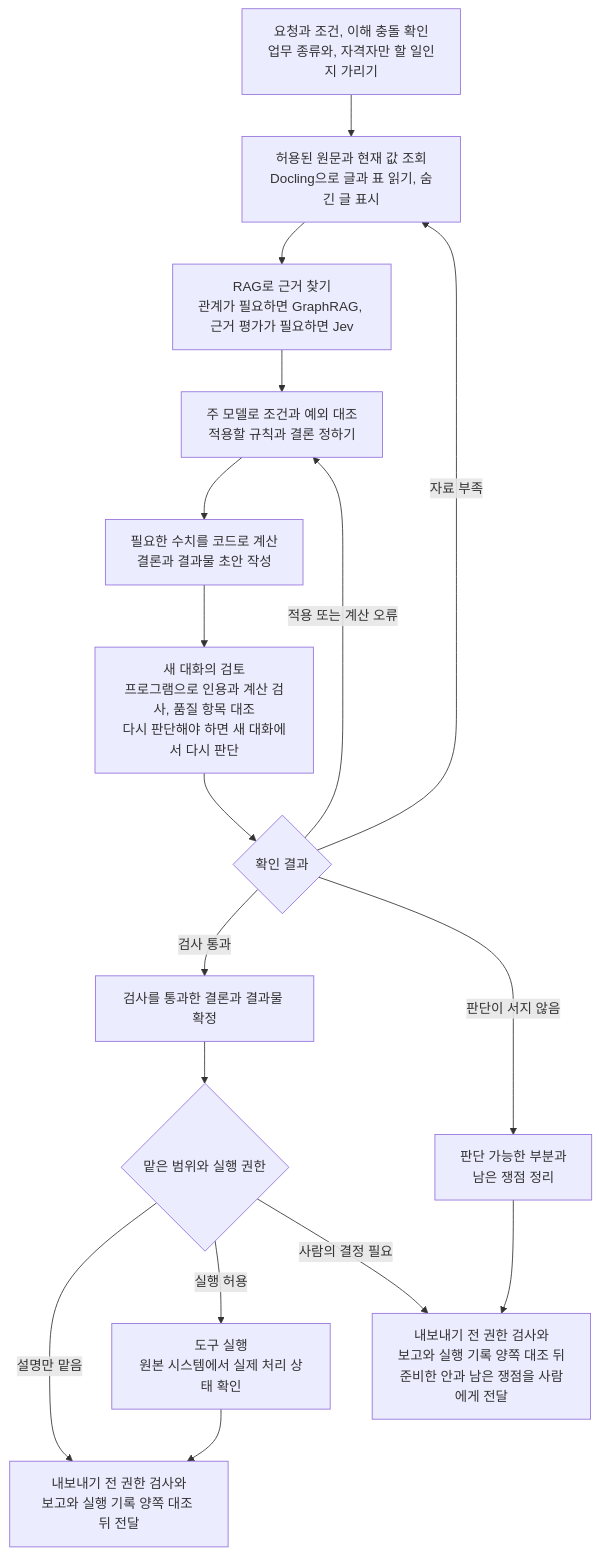
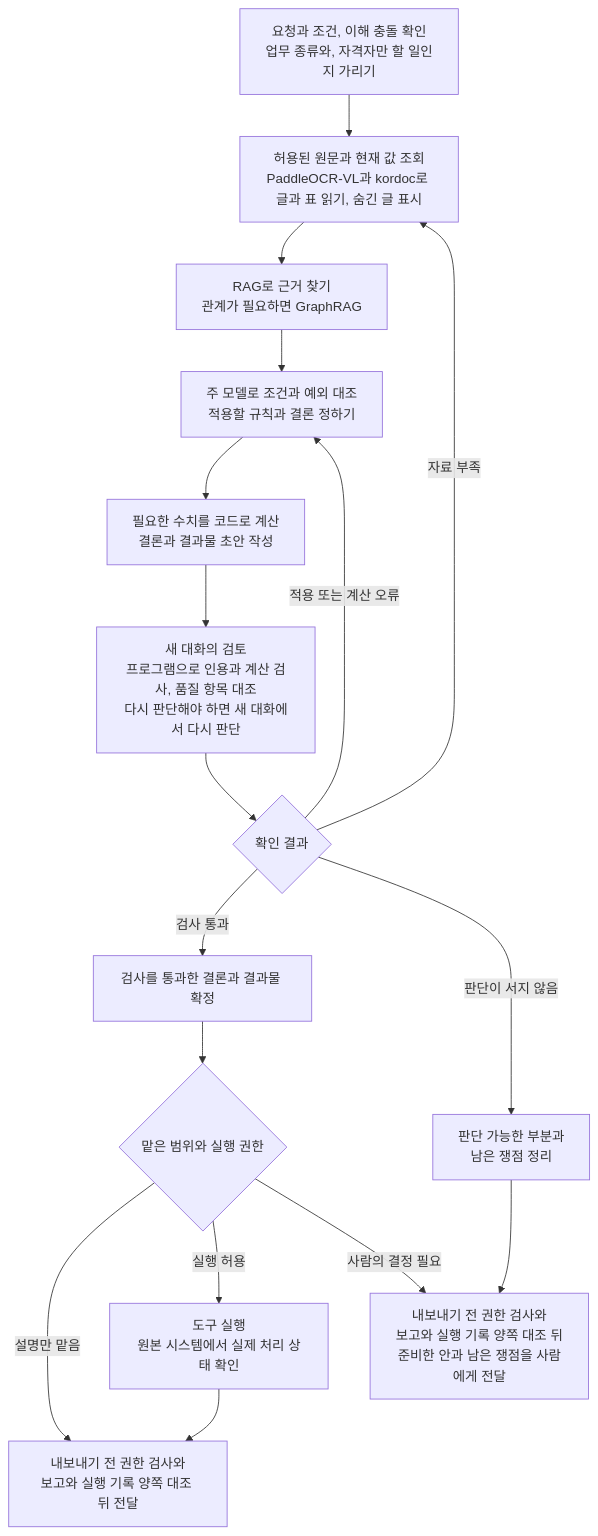
One commit to harisbaguette/expert changed the diagram in 전문 판단의 신뢰성.md. Above: the diagram before and after it, drawn with Mermaid. The commit also changed other lines of this file and 1 other file, not shown here.

````diff
--- a/전문 판단의 신뢰성.md
+++ b/전문 판단의 신뢰성.md
@@ -826,19 +825,19 @@
 ```mermaid
 flowchart TB
-    A[요청과 조건, 이해 충돌 확인<br/>업무 종류와, 자격자만 할 일인지 가리기] --> B[허용된 원문과 현재 값 조회<br/>Docling으로 글과 표 읽기, 숨긴 글 표시]
-    B --> C[RAG로 근거 찾기<br/>관계가 필요하면 GraphRAG, 근거 평가가 필요하면 Jev]
+    A[요청과 조건, 이해 충돌 확인<br/>업무 종류와, 자격자만 할 일인지 가리기] --> B[허용된 원문과 현재 값 조회<br/>PaddleOCR-VL과 kordoc로 글과 표 읽기, 숨긴 글 표시]
+    B --> C[RAG로 근거 찾기<br/>관계가 필요하면 GraphRAG]
     C --> D[주 모델로 조건과 예외 대조<br/>적용할 규칙과 결론 정하기]
     D --> E[필요한 수치를 코드로 계산<br/>결론과 결과물 초안 작성]
     E --> F[새 대화의 검토<br/>프로그램으로 인용과 계산 검사, 품질 항목 대조<br/>다시 판단해야 하면 새 대화에서 다시 판단]
     F --> G{확인 결과}
     G -->|자료 부족| B
     G -->|적용 또는 계산 오류| D
     G -->|검사 통과| H[검사를 통과한 결론과 결과물 확정]
     G -->|판단이 서지 않음| I[판단 가능한 부분과<br/>남은 쟁점 정리]
     H --> J{맡은 범위와 실행 권한}
     J -->|설명만 맡음| L[내보내기 전 권한 검사와<br/>보고와 실행 기록 양쪽 대조 뒤 전달]
     J -->|실행 허용| K[도구 실행<br/>원본 시스템에서 실제 처리 상태 확인]
     J -->|사람의 결정 필요| M[내보내기 전 권한 검사와<br/>보고와 실행 기록 양쪽 대조 뒤<br/>준비한 안과 남은 쟁점을 사람에게 전달]
     K --> L
     I --> M
 ```
````
